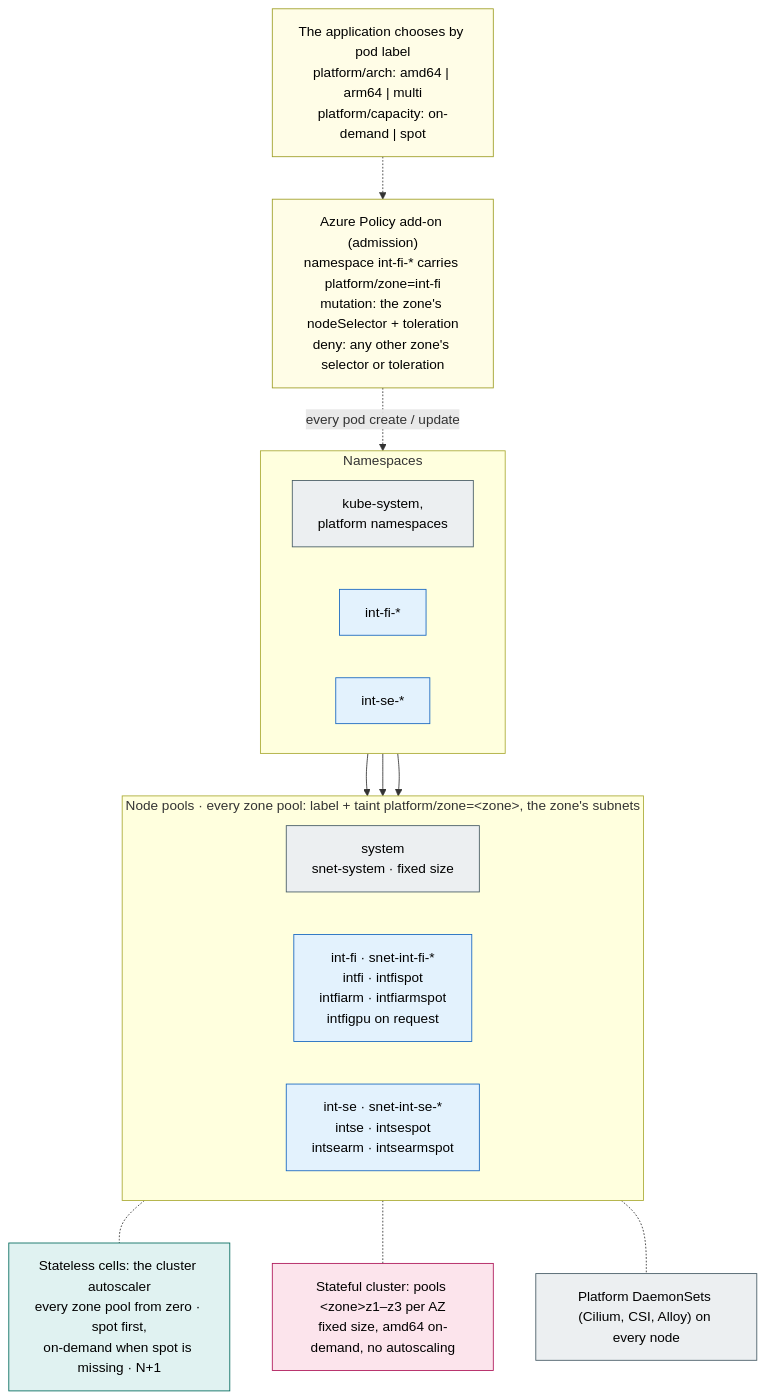
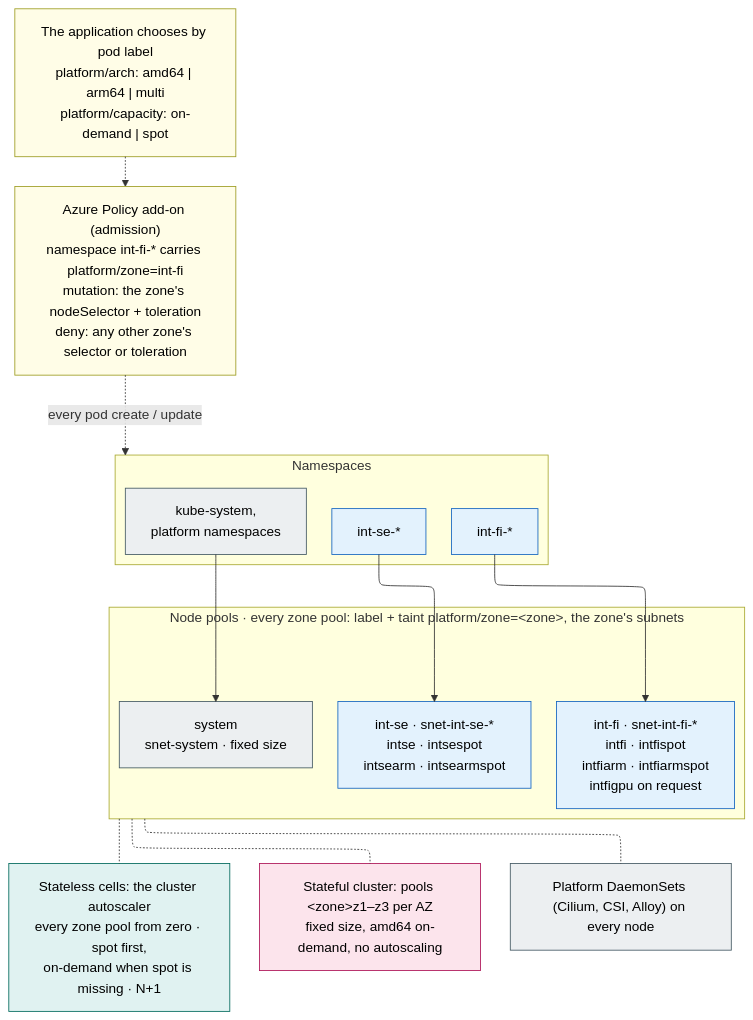
Before and after one commit to onek8s/onek8s.github.io: the diagram in diagrams/2.3-node-pools.mmd, drawn with Mermaid. The commit also changed 82 other files, not shown here.

```diff
--- a/diagrams/2.3-node-pools.mmd
+++ b/diagrams/2.3-node-pools.mmd
@@ -1,43 +1,47 @@
+---
+config:
+  layout: elk
+---
 %% Nodes per zone in one internal cell: labels, taints and admission keep a zone's pods on the zone's own nodes.
 %% Stateless cells scale their zone pools with the cluster autoscaler from zero; the stateful cluster uses fixed pools.
 flowchart TB
     choice["The application chooses by pod label<br/>platform/arch: amd64 | arm64 | multi<br/>platform/capacity: on-demand | spot"]
     adm["Azure Policy add-on (admission)<br/>namespace int-fi-* carries platform/zone=int-fi<br/>mutation: the zone's nodeSelector + toleration<br/>deny: any other zone's selector or toleration"]
 
     subgraph NS["Namespaces"]
         direction LR
         ns_sys["kube-system,<br/>platform namespaces"]
         ns_ifi["int-fi-*"]
         ns_ise["int-se-*"]
     end
 
     subgraph POOLS["Node pools · every zone pool: label + taint platform/zone=&lt;zone&gt;, the zone's subnets"]
         direction LR
         p_sys["system<br/>snet-system · fixed size"]
         p_ifi["int-fi · snet-int-fi-*<br/>intfi · intfispot<br/>intfiarm · intfiarmspot<br/>intfigpu on request"]
         p_ise["int-se · snet-int-se-*<br/>intse · intsespot<br/>intsearm · intsearmspot"]
     end
 
     csa["Stateless cells: the cluster autoscaler<br/>every zone pool from zero · spot first,<br/>on-demand when spot is missing · N+1"]
     fix["Stateful cluster: pools &lt;zone&gt;z1–z3 per AZ<br/>fixed size, amd64 on-demand, no autoscaling"]
     ds["Platform DaemonSets (Cilium, CSI, Alloy) on every node"]
 
     choice -.-> adm
     adm -.->|"every pod create / update"| NS
     ns_sys --> p_sys
     ns_ifi --> p_ifi
     ns_ise --> p_ise
     POOLS -.- csa
     POOLS -.- fix
     POOLS -.- ds
 
     classDef cp fill:#eceff1,stroke:#455a64,color:#000
     classDef int fill:#e3f2fd,stroke:#1565c0,color:#000
     classDef note fill:#fffde7,stroke:#9e9d24,color:#000
     classDef sl fill:#e0f2f1,stroke:#00695c,color:#000
     classDef sf fill:#fce4ec,stroke:#ad1457,color:#000
     class p_sys,ns_sys,ds cp
     class p_ifi,p_ise,ns_ifi,ns_ise int
     class adm,choice note
     class csa sl
     class fix sf
```
